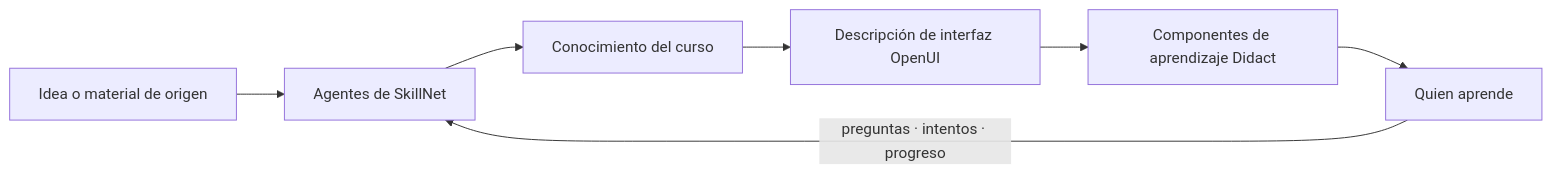
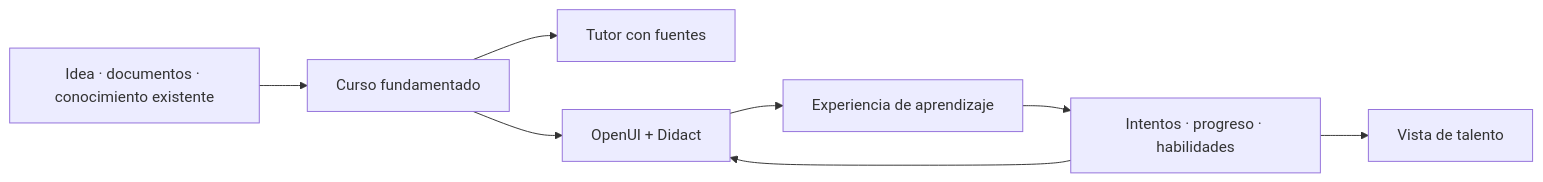
The diagram in README.es.md (ANFAIA/SkillNet), drawn with Mermaid before and after one commit. The commit also changed other lines of this file and 9 other files, not shown here.

````diff
--- a/README.es.md
+++ b/README.es.md
@@ -72,9 +84,10 @@
 ```mermaid
 graph LR
-    docs["Idea o material de origen"] --> agents["Agentes de SkillNet"]
-    agents --> knowledge["Conocimiento del curso"]
-    knowledge --> openui["Descripción de interfaz OpenUI"]
-    openui --> didact["Componentes de aprendizaje Didact"]
-    didact --> learner["Quien aprende"]
-    learner -->|preguntas · intentos · progreso| agents
+    sources["Idea · documentos · conocimiento existente"] --> course["Curso fundamentado"]
+    course --> tutor["Tutor con fuentes"]
+    course --> runtime["OpenUI + Didact"]
+    runtime --> learner["Experiencia de aprendizaje"]
+    learner --> evidence["Intentos · progreso · habilidades"]
+    evidence --> runtime
+    evidence --> talent["Vista de talento"]
 ```
````
